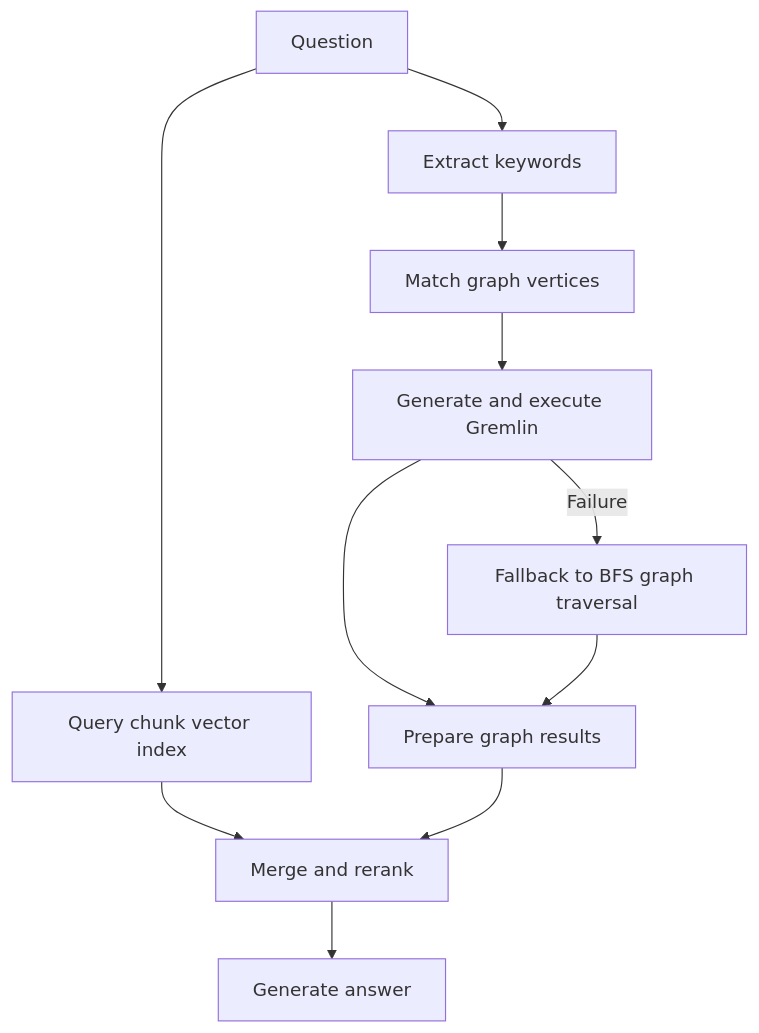
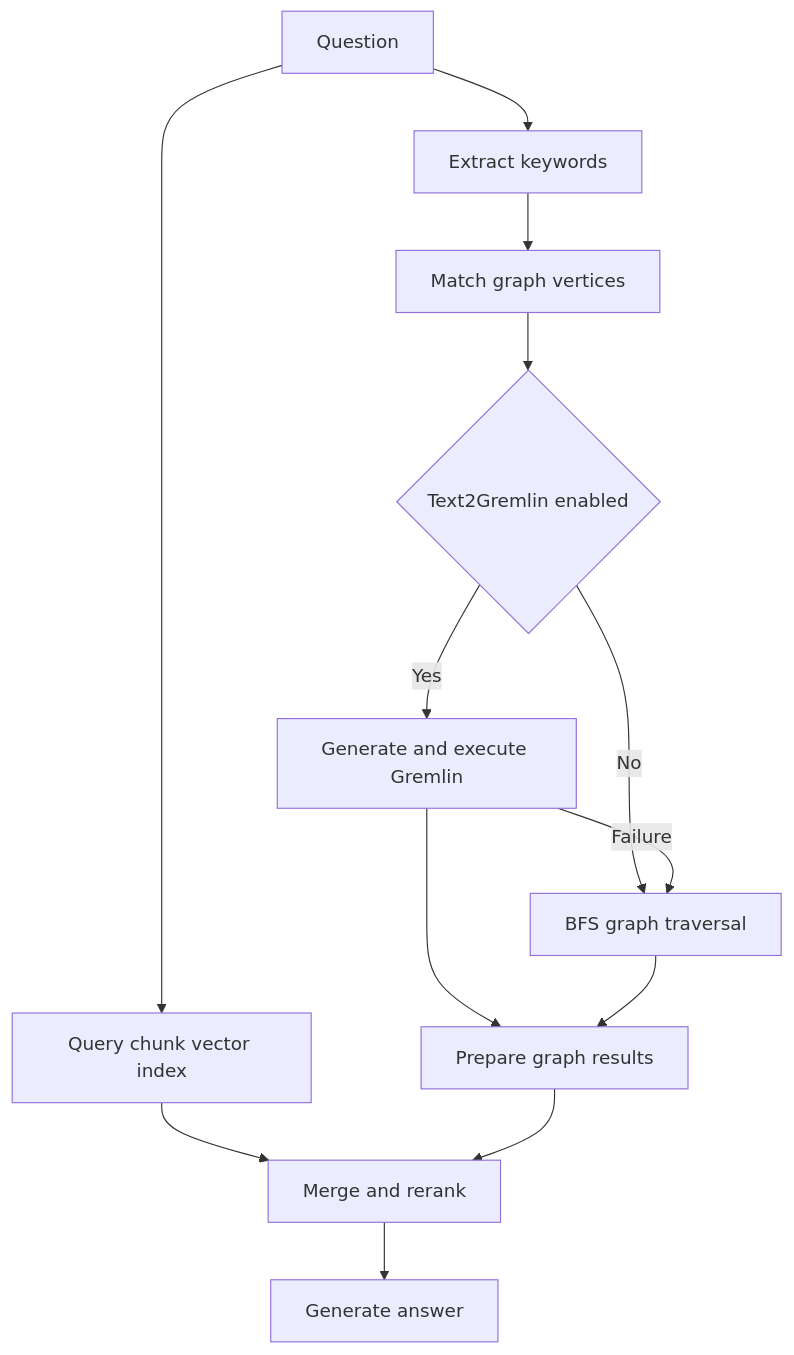
The second of 2 diagrams in content/en/docs/quickstart/hugegraph-ai/quick_start.md (apache/hugegraph-doc), drawn with Mermaid before and after one commit. The commit also changed other lines of this file and 56 other files, not shown here.

````diff
--- a/content/en/docs/quickstart/hugegraph-ai/quick_start.md
+++ b/content/en/docs/quickstart/hugegraph-ai/quick_start.md
@@ -42,13 +160,15 @@
 ```mermaid
 flowchart TD
     Q[Question] --> V[Query chunk vector index]
     Q --> K[Extract keywords]
     K --> M[Match graph vertices]
-    M --> T[Generate and execute Gremlin]
-    T -->|Failure| B[Fallback to BFS graph traversal]
+    M --> D{Text2Gremlin enabled}
+    D -->|Yes| T[Generate and execute Gremlin]
+    D -->|No| B[BFS graph traversal]
+    T -->|Failure| B
     T --> R[Prepare graph results]
     B --> R
     V --> S[Merge and rerank]
     R --> S
     S --> A[Generate answer]
 ```
````
